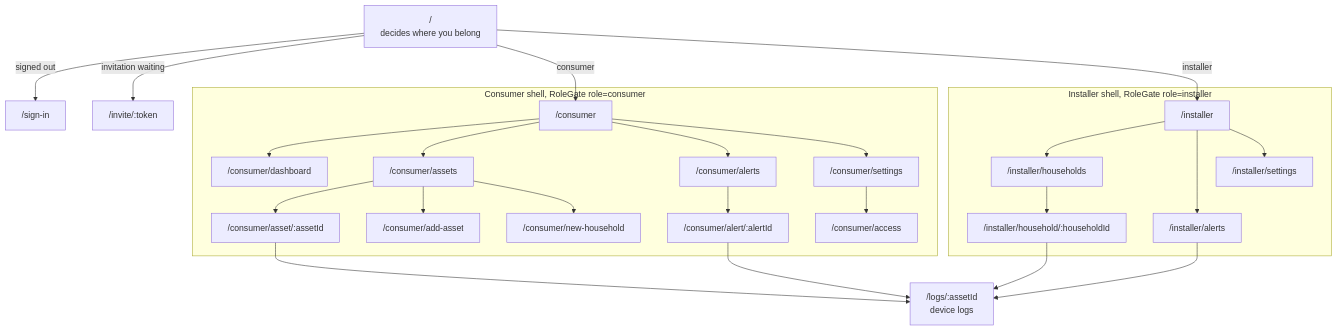
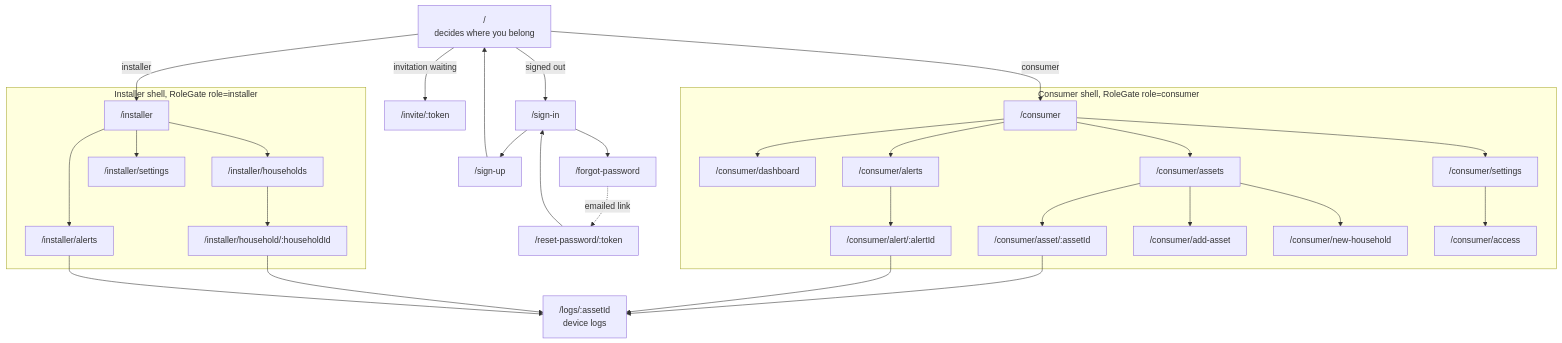
One commit to dragos-galeteanu/voltique-home changed the diagram in docs/navigation.md. Above: the diagram before and after it, drawn with Mermaid. The commit also changed other lines of this file and 24 other files, not shown here.

````diff
--- a/docs/navigation.md
+++ b/docs/navigation.md
@@ -10,52 +10,61 @@
 ```mermaid
 flowchart TD
     Index["/<br/>decides where you belong"]
     SignIn["/sign-in"]
+    SignUp["/sign-up"]
+    Forgot["/forgot-password"]
+    Reset["/reset-password/:token"]
     Invite["/invite/:token"]
     Logs["/logs/:assetId<br/>device logs"]
+
+    SignIn --> SignUp
+    SignIn --> Forgot
+    Forgot -. "emailed link" .-> Reset
+    Reset --> SignIn
+    SignUp --> Index
 
     Index -->|"signed out"| SignIn
     Index -->|"invitation waiting"| Invite
     Index -->|"consumer"| ConsumerGate
     Index -->|"installer"| InstallerGate
 
     subgraph Consumer["Consumer shell, RoleGate role=consumer"]
         ConsumerGate["/consumer"]
         Dashboard["/consumer/dashboard"]
         Assets["/consumer/assets"]
         Alerts["/consumer/alerts"]
         Settings["/consumer/settings"]
         AssetDetail["/consumer/asset/:assetId"]
         AlertDetail["/consumer/alert/:alertId"]
         AddAsset["/consumer/add-asset"]
         NewHousehold["/consumer/new-household"]
         Access["/consumer/access"]
     end
 
     subgraph Installer["Installer shell, RoleGate role=installer"]
         InstallerGate["/installer"]
         Households["/installer/households"]
         InstallerAlerts["/installer/alerts"]
         InstallerSettings["/installer/settings"]
         HouseholdDetail["/installer/household/:householdId"]
     end
 
     ConsumerGate --> Dashboard
     ConsumerGate --> Assets
     ConsumerGate --> Alerts
     ConsumerGate --> Settings
     Assets --> AssetDetail
     Assets --> AddAsset
     Alerts --> AlertDetail
     Settings --> Access
     Assets --> NewHousehold
     AssetDetail --> Logs
     AlertDetail --> Logs
 
     InstallerGate --> Households
     InstallerGate --> InstallerAlerts
     InstallerGate --> InstallerSettings
     Households --> HouseholdDetail
     HouseholdDetail --> Logs
     InstallerAlerts --> Logs
 ```
````
